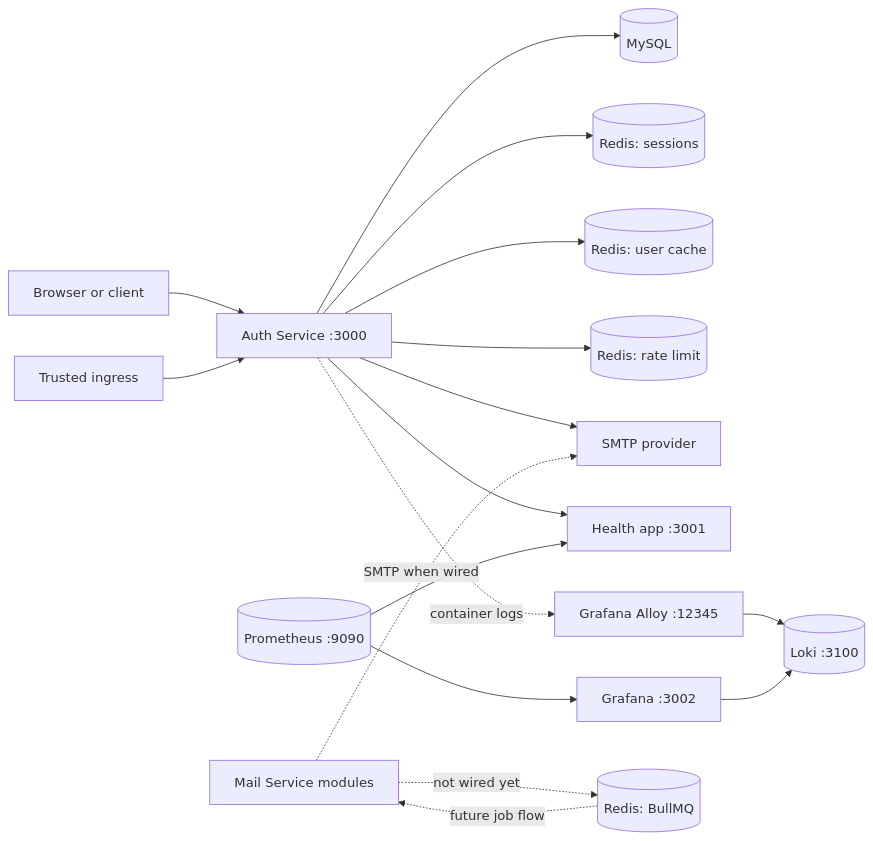
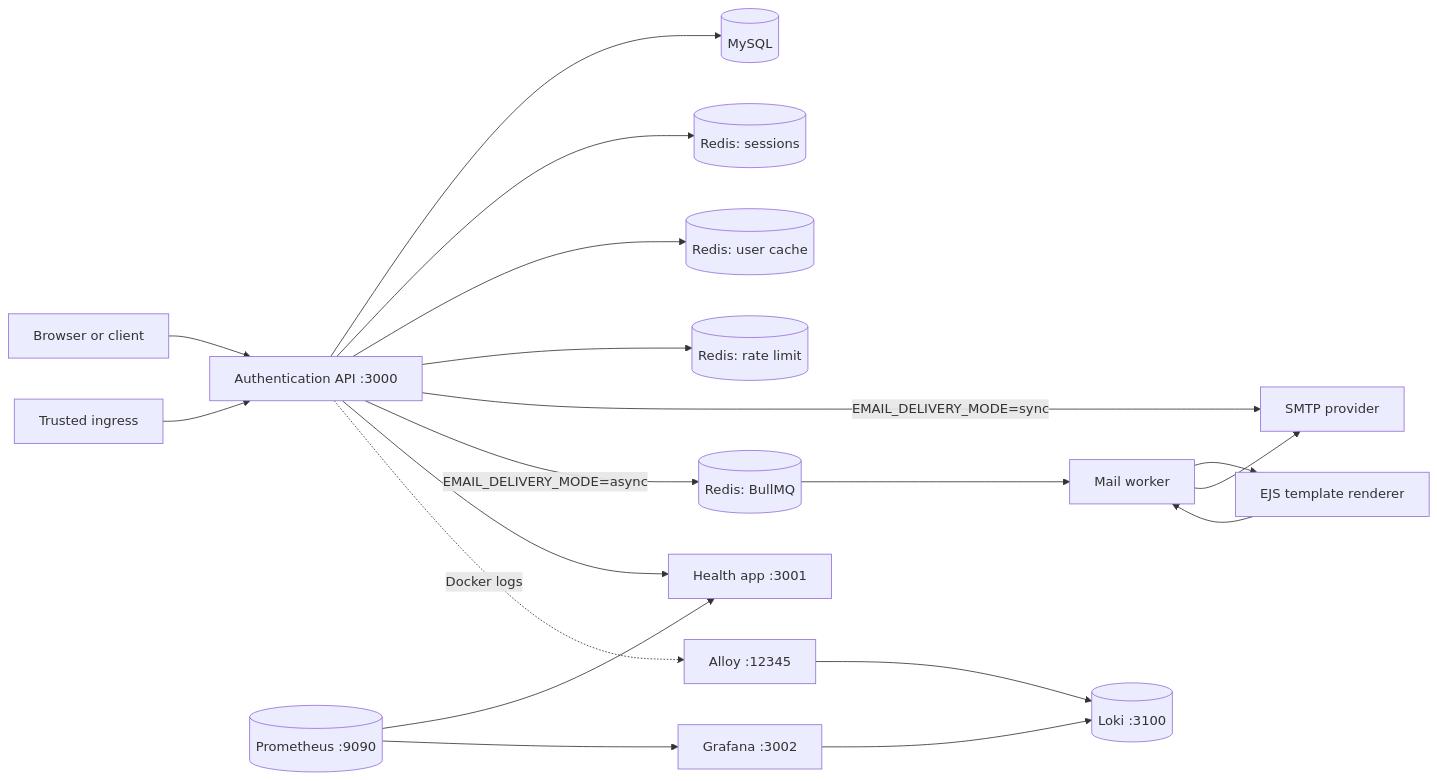
Before and after one commit to urva07/Authentication-and-Identity-Service: the diagram in README.md, drawn with Mermaid. The commit also changed other lines of this file and 9 other files, not shown here.

````diff
--- a/README.md
+++ b/README.md
@@ -49,22 +30,24 @@
 ```mermaid
 flowchart LR
-    Client[Browser or client] --> API[Auth Service :3000]
-    Ingress[Trusted ingress] --> API
+    Client[Browser or client] --> Auth[Authentication API :3000]
+    Ingress[Trusted ingress] --> Auth
 
-    API --> MySQL[(MySQL)]
-    API --> Sessions[(Redis: sessions)]
-    API --> Cache[(Redis: user cache)]
-    API --> RateLimit[(Redis: rate limit)]
-    API --> SMTP[SMTP provider]
-    API --> Health[Health app :3001]
+    Auth --> MySQL[(MySQL)]
+    Auth --> SessionRedis[(Redis: sessions)]
+    Auth --> CacheRedis[(Redis: user cache)]
+    Auth --> RateRedis[(Redis: rate limit)]
 
+    Auth -->|EMAIL_DELIVERY_MODE=sync| SMTP[SMTP provider]
+    Auth -->|EMAIL_DELIVERY_MODE=async| Queue[(Redis: BullMQ)]
+    Queue --> MailWorker[Mail worker]
+    MailWorker --> Template[EJS template renderer]
+    Template --> MailWorker
+    MailWorker --> SMTP
+
+    Auth --> Health[Health app :3001]
     Metrics[(Prometheus :9090)] --> Health
     Metrics --> Grafana[Grafana :3002]
-    API -. container logs .-> Alloy[Grafana Alloy :12345]
+    Auth -. Docker logs .-> Alloy[Alloy :12345]
     Alloy --> Loki[(Loki :3100)]
     Grafana --> Loki
-
-    Worker[Mail Service modules] -. not wired yet .-> Queue[(Redis: BullMQ)]
-    Queue -. future job flow .-> Worker
-    Worker -. SMTP when wired .-> SMTP
 ```
````
